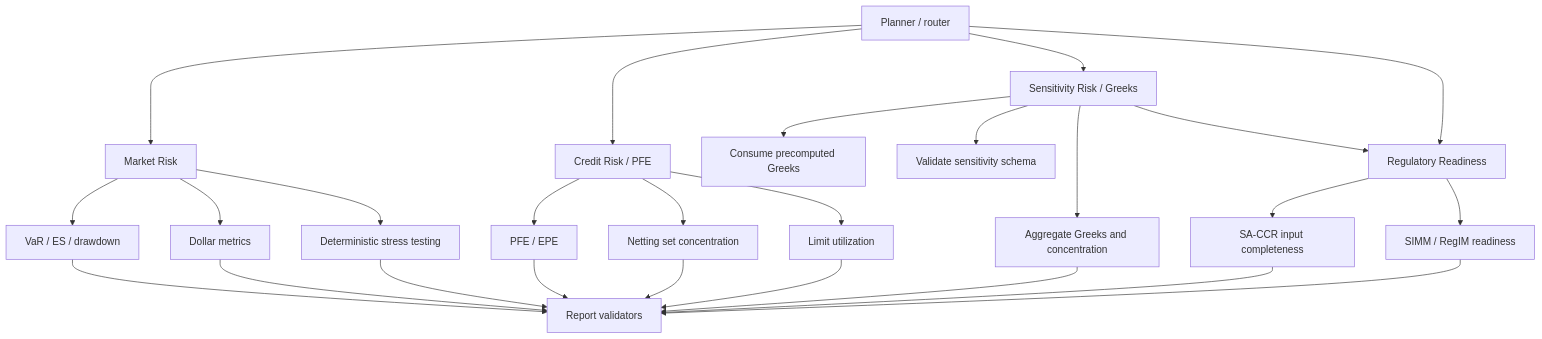
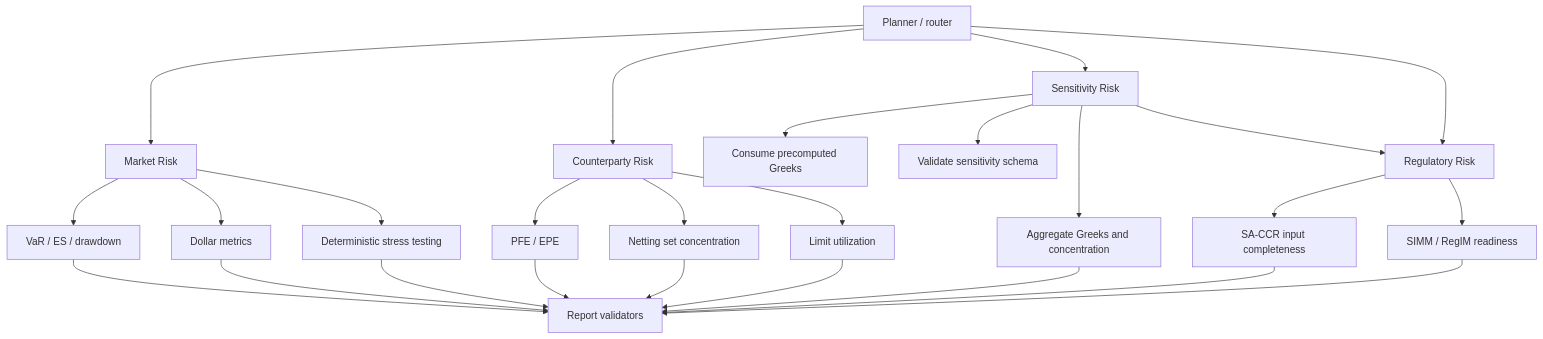
The diagram in docs/architecture.md (esau0174/Risk_Agent), drawn with Mermaid before and after one commit. The commit also changed other lines of this file and 8 other files, not shown here.

````diff
--- a/docs/architecture.md
+++ b/docs/architecture.md
@@ -58,33 +58,33 @@
 ```mermaid
 flowchart TD
     A[Planner / router] --> B[Market Risk]
-    A --> C[Credit Risk / PFE]
-    A --> D[Sensitivity Risk / Greeks]
-    A --> E[Regulatory Readiness]
+    A --> C[Counterparty Risk]
+    A --> D[Sensitivity Risk]
+    A --> E[Regulatory Risk]
 
     B --> B1[VaR / ES / drawdown]
     B --> B2[Dollar metrics]
     B --> B3[Deterministic stress testing]
 
     C --> C1[PFE / EPE]
     C --> C2[Netting set concentration]
     C --> C3[Limit utilization]
 
     D --> D1[Consume precomputed Greeks]
     D --> D2[Validate sensitivity schema]
     D --> D3[Aggregate Greeks and concentration]
     D --> E
 
     E --> E1[SA-CCR input completeness]
     E --> E2[SIMM / RegIM readiness]
 
     B1 --> V[Report validators]
     B2 --> V
     B3 --> V
     C1 --> V
     C2 --> V
     C3 --> V
     D3 --> V
     E1 --> V
     E2 --> V
 ```
````
